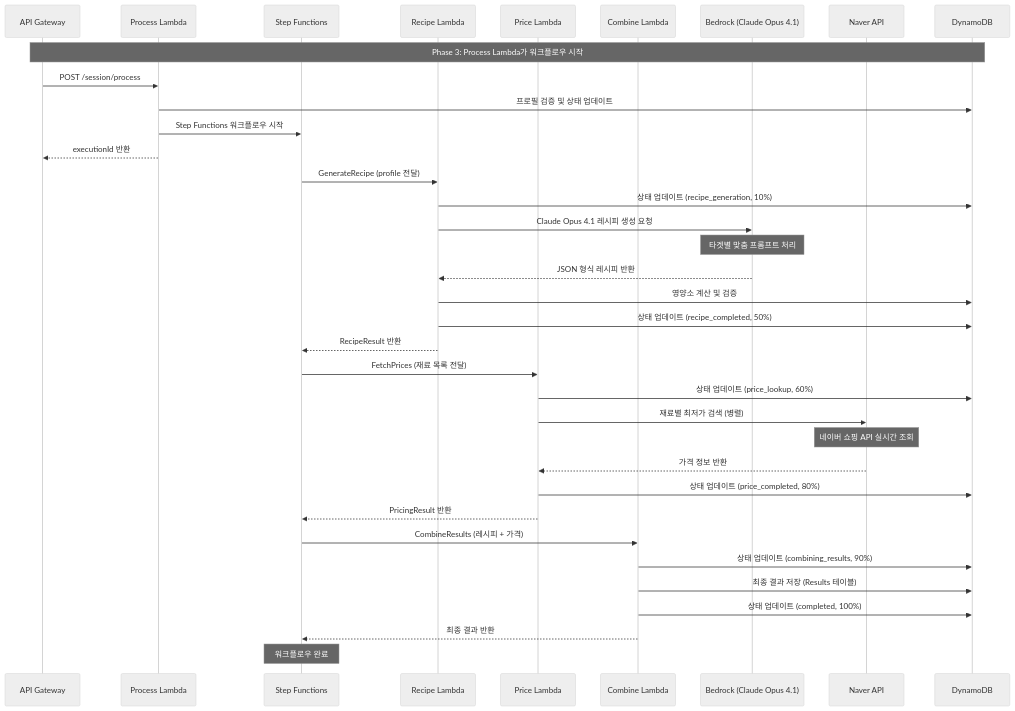
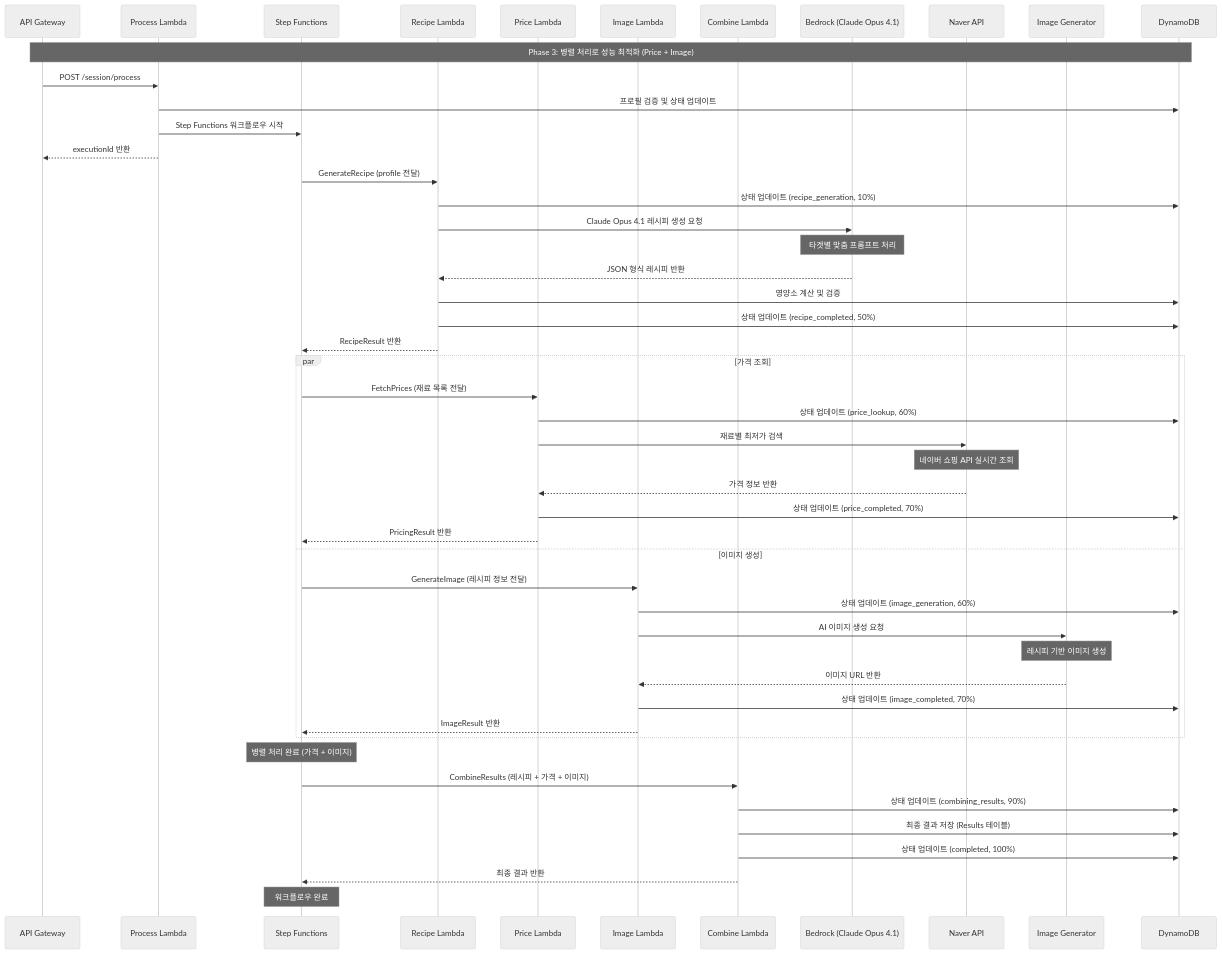
One commit to awsqhackathonXddeokssang/team21-aws-hackathon changed the diagram in docs/integration/sequences/PHASE3_PROCESSING.md. Above: the diagram before and after it, drawn with Mermaid (neutral theme). The commit also changed other lines of this file, not shown here.

Commit message:
Update PHASE3_PROCESSING.md with parallel processing of FetchPrices and ImageGeneration

````diff
--- a/docs/integration/sequences/PHASE3_PROCESSING.md
+++ b/docs/integration/sequences/PHASE3_PROCESSING.md
@@ -9,48 +9,62 @@
 ```mermaid
 sequenceDiagram
     participant API as API Gateway
     participant PL as Process Lambda
     participant SF as Step Functions
     participant RL as Recipe Lambda
     participant PrL as Price Lambda
+    participant IL as Image Lambda
     participant CL as Combine Lambda
     participant BR as Bedrock (Claude Opus 4.1)
     participant NA as Naver API
+    participant IG as Image Generator
     participant DB as DynamoDB
 
-    Note over API, DB: Phase 3: Process Lambda가 워크플로우 시작
+    Note over API, DB: Phase 3: 병렬 처리로 성능 최적화 (Price + Image)
     
     %% Process Lambda가 Step Functions 시작
     API->>PL: POST /session/process
     PL->>DB: 프로필 검증 및 상태 업데이트
     PL->>SF: Step Functions 워크플로우 시작
     PL-->>API: executionId 반환
     
     %% 1. 레시피 생성 (10% → 50%)
     SF->>RL: GenerateRecipe (profile 전달)
     RL->>DB: 상태 업데이트 (recipe_generation, 10%)
     RL->>BR: Claude Opus 4.1 레시피 생성 요청
     Note over BR: 타겟별 맞춤 프롬프트 처리
     BR-->>RL: JSON 형식 레시피 반환
     RL->>DB: 영양소 계산 및 검증
     RL->>DB: 상태 업데이트 (recipe_completed, 50%)
     RL-->>SF: RecipeResult 반환
     
-    %% 2. 가격 조회 (50% → 80%)
-    SF->>PrL: FetchPrices (재료 목록 전달)
-    PrL->>DB: 상태 업데이트 (price_lookup, 60%)
-    PrL->>NA: 재료별 최저가 검색 (병렬)
-    Note over NA: 네이버 쇼핑 API 실시간 조회
-    NA-->>PrL: 가격 정보 반환
-    PrL->>DB: 상태 업데이트 (price_completed, 80%)
-    PrL-->>SF: PricingResult 반환
+    %% 2. 병렬 처리: 가격 조회 + 이미지 생성 (50% → 80%)
+    par 가격 조회
+        SF->>PrL: FetchPrices (재료 목록 전달)
+        PrL->>DB: 상태 업데이트 (price_lookup, 60%)
+        PrL->>NA: 재료별 최저가 검색
+        Note over NA: 네이버 쇼핑 API 실시간 조회
+        NA-->>PrL: 가격 정보 반환
+        PrL->>DB: 상태 업데이트 (price_completed, 70%)
+        PrL-->>SF: PricingResult 반환
+    and 이미지 생성
+        SF->>IL: GenerateImage (레시피 정보 전달)
+        IL->>DB: 상태 업데이트 (image_generation, 60%)
+        IL->>IG: AI 이미지 생성 요청
+        Note over IG: 레시피 기반 이미지 생성
+        IG-->>IL: 이미지 URL 반환
+        IL->>DB: 상태 업데이트 (image_completed, 70%)
+        IL-->>SF: ImageResult 반환
+    end
+    
+    Note over SF: 병렬 처리 완료 (가격 + 이미지)
     
     %% 3. 결과 합성 (80% → 100%)
-    SF->>CL: CombineResults (레시피 + 가격)
+    SF->>CL: CombineResults (레시피 + 가격 + 이미지)
     CL->>DB: 상태 업데이트 (combining_results, 90%)
     CL->>DB: 최종 결과 저장 (Results 테이블)
     CL->>DB: 상태 업데이트 (completed, 100%)
     CL-->>SF: 최종 결과 반환
     
     Note over SF: 워크플로우 완료
 ```
````
